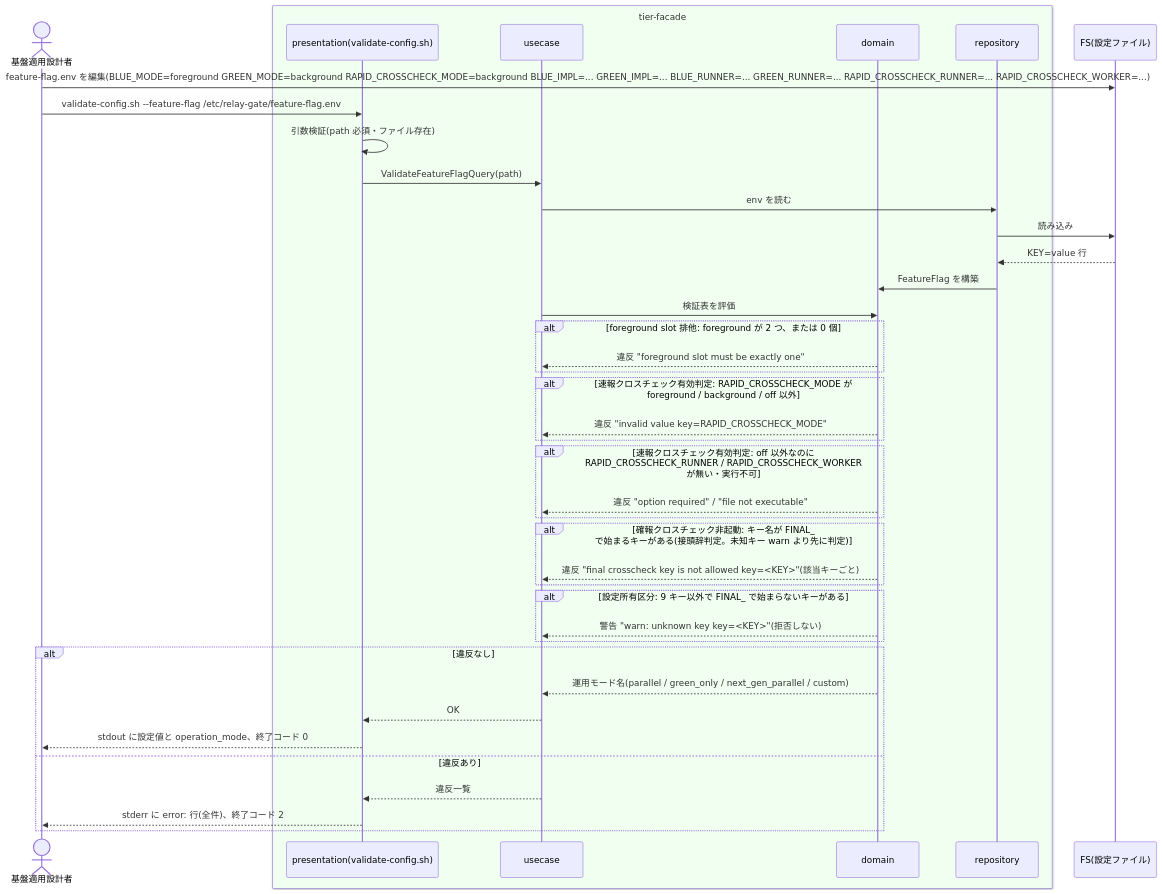
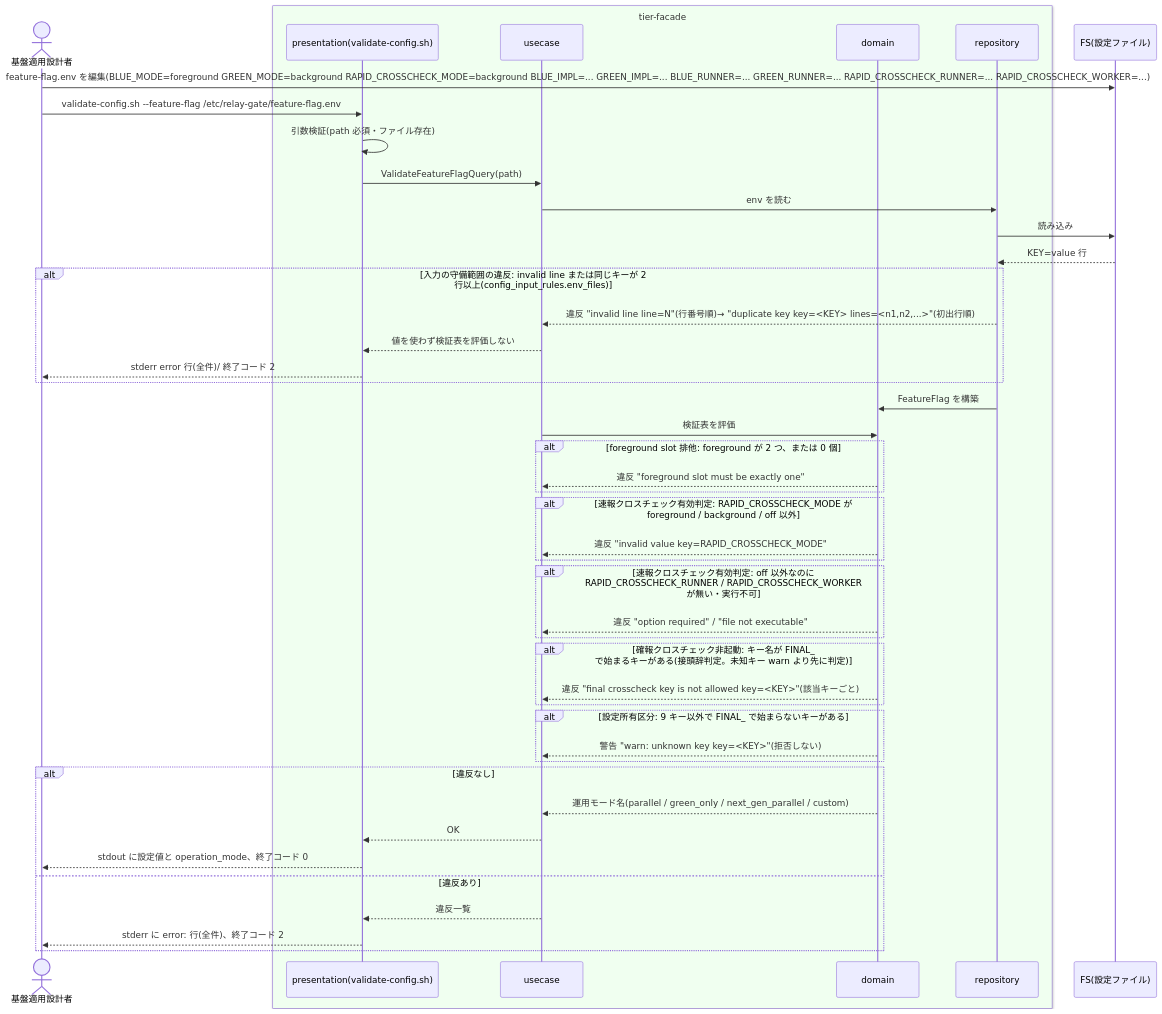
Before and after one commit to suwa-sh/relay-gate: the second of 2 diagrams in docs/specs/latest/適用構成業務/適用構成定義フロー/feature flag を設定する/spec.md, drawn with Mermaid. The commit also changed other lines of this file and 2131 other files, not shown here.

````diff
--- a/docs/specs/latest/適用構成業務/適用構成定義フロー/feature flag を設定する/spec.md
+++ b/docs/specs/latest/適用構成業務/適用構成定義フロー/feature flag を設定する/spec.md
@@ -39,44 +39,49 @@
 ```mermaid
 sequenceDiagram
   actor Designer as 基盤適用設計者
   box rgb(240,255,240) tier-facade
     participant Pres as presentation(validate-config.sh)
     participant UC as usecase
     participant Dom as domain
     participant Repo as repository
   end
   participant FS as FS(設定ファイル)
 
   Designer->>FS: feature-flag.env を編集(BLUE_MODE=foreground GREEN_MODE=background RAPID_CROSSCHECK_MODE=background BLUE_IMPL=... GREEN_IMPL=... BLUE_RUNNER=... GREEN_RUNNER=... RAPID_CROSSCHECK_RUNNER=... RAPID_CROSSCHECK_WORKER=...)
   Designer->>Pres: validate-config.sh --feature-flag /etc/relay-gate/feature-flag.env
   Pres->>Pres: 引数検証(path 必須・ファイル存在)
   Pres->>UC: ValidateFeatureFlagQuery(path)
   UC->>Repo: env を読む
   Repo->>FS: 読み込み
   FS-->>Repo: KEY=value 行
+  alt 入力の守備範囲の違反: invalid line または同じキーが 2 行以上(config_input_rules.env_files)
+    Repo-->>UC: 違反 "invalid line line=N"(行番号順)→ "duplicate key key=<KEY> lines=<n1,n2,...>"(初出行順)
+    UC-->>Pres: 値を使わず検証表を評価しない
+    Pres-->>Designer: stderr error 行(全件)/ 終了コード 2
+  end
   Repo->>Dom: FeatureFlag を構築
   UC->>Dom: 検証表を評価
   alt foreground slot 排他: foreground が 2 つ、または 0 個
     Dom-->>UC: 違反 "foreground slot must be exactly one"
   end
   alt 速報クロスチェック有効判定: RAPID_CROSSCHECK_MODE が foreground / background / off 以外
     Dom-->>UC: 違反 "invalid value key=RAPID_CROSSCHECK_MODE"
   end
   alt 速報クロスチェック有効判定: off 以外なのに RAPID_CROSSCHECK_RUNNER / RAPID_CROSSCHECK_WORKER が無い・実行不可
     Dom-->>UC: 違反 "option required" / "file not executable"
   end
   alt 確報クロスチェック非起動: キー名が FINAL_ で始まるキーがある(接頭辞判定。未知キー warn より先に判定)
     Dom-->>UC: 違反 "final crosscheck key is not allowed key=<KEY>"(該当キーごと)
   end
   alt 設定所有区分: 9 キー以外で FINAL_ で始まらないキーがある
     Dom-->>UC: 警告 "warn: unknown key key=<KEY>"(拒否しない)
   end
   alt 違反なし
     Dom-->>UC: 運用モード名(parallel / green_only / next_gen_parallel / custom)
     UC-->>Pres: OK
     Pres-->>Designer: stdout に設定値と operation_mode、終了コード 0
   else 違反あり
     UC-->>Pres: 違反一覧
     Pres-->>Designer: stderr に error: 行(全件)、終了コード 2
   end
 ```
````
